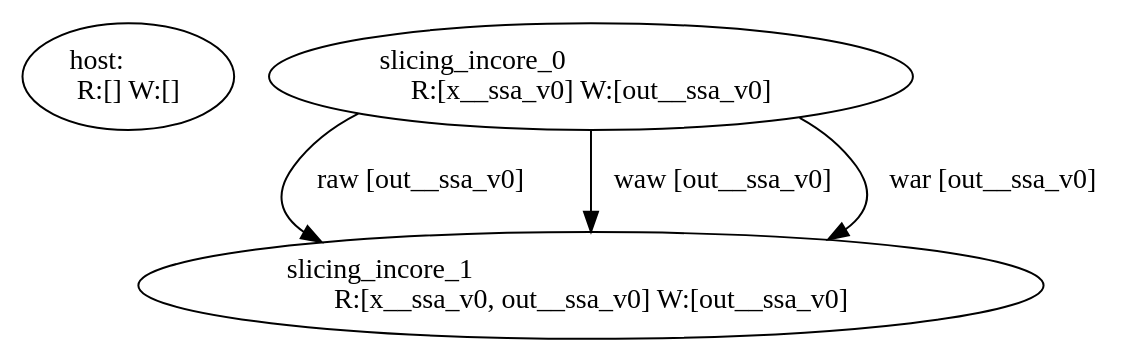
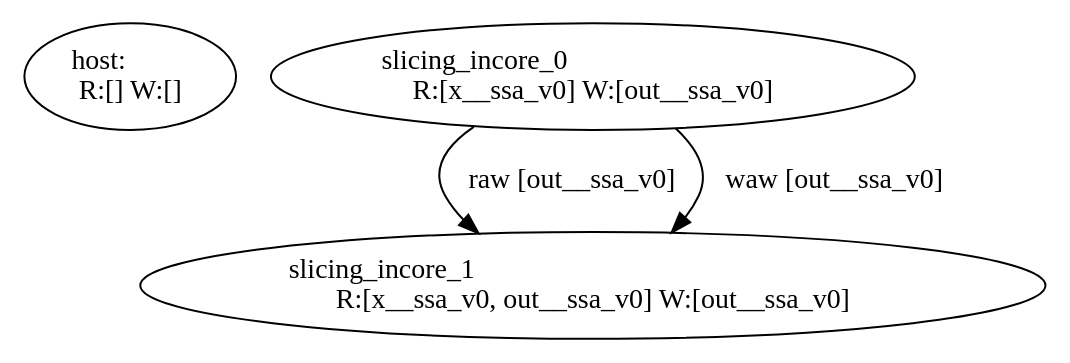
One commit to Servyi-Agent/pypto-symir changed the diagram in out/slicing_post.dot. Above: the diagram before and after it, drawn with Graphviz. The commit also changed 9 other files, not shown here.

```diff
--- a/out/slicing_post.dot
+++ b/out/slicing_post.dot
@@ -1,8 +1,7 @@
 digraph {
     0 [ label = "host:\lR:[] W:[]" ]
     1 [ label = "slicing_incore_0\lR:[x__ssa_v0] W:[out__ssa_v0]" ]
     2 [ label = "slicing_incore_1\lR:[x__ssa_v0, out__ssa_v0] W:[out__ssa_v0]" ]
     1 -> 2 [ label = "raw [out__ssa_v0]" ]
     1 -> 2 [ label = "waw [out__ssa_v0]" ]
-    1 -> 2 [ label = "war [out__ssa_v0]" ]
 }
```
